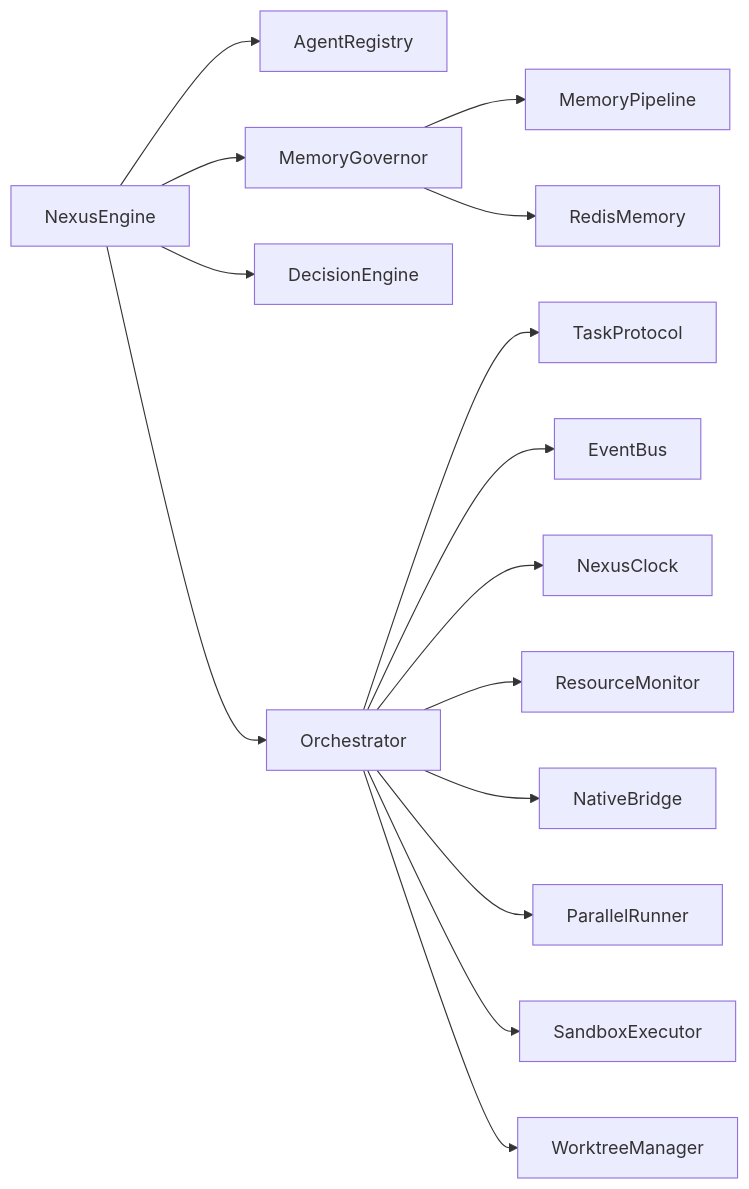
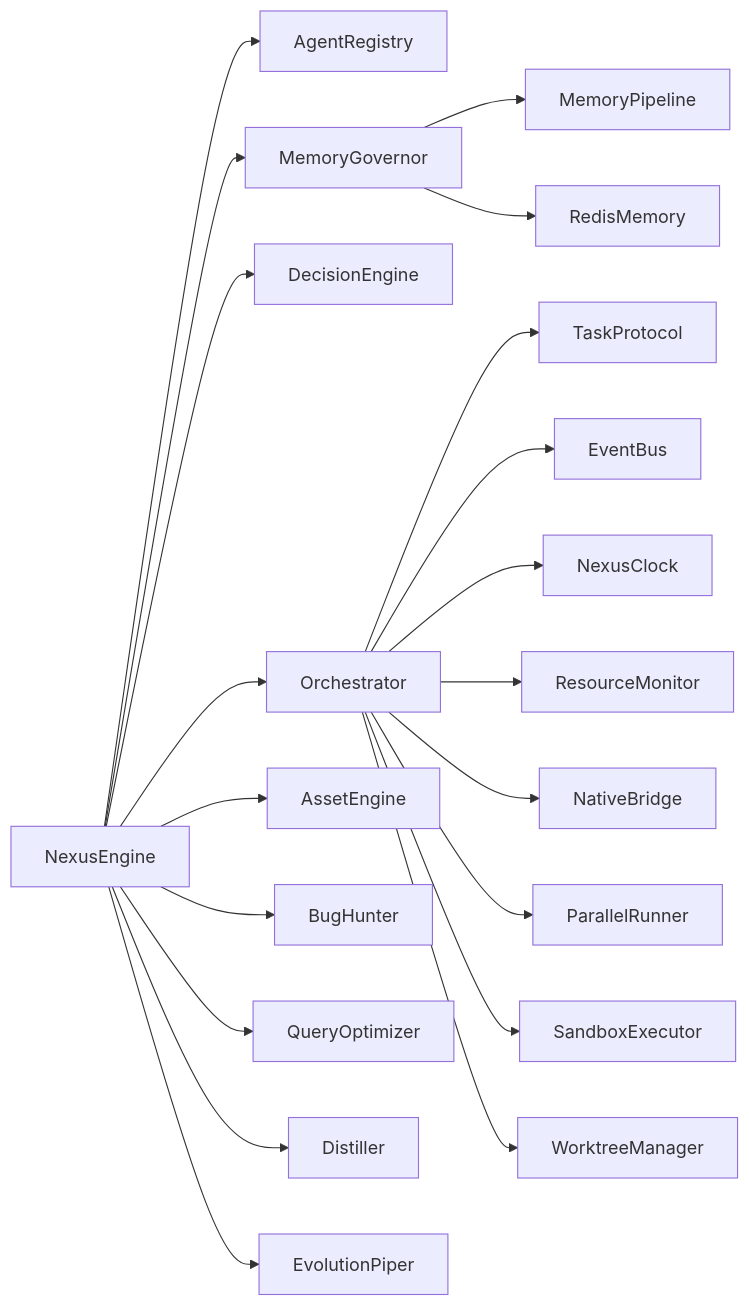
Diagram 16 of 16 in .qoder/repowiki/en/content/Core Architecture/Core Architecture.md (Faisal-Trainer/Human-AI-Nexus), drawn with Mermaid before and after one commit. The commit also changed other lines of this file and 21 other files, not shown here.

````diff
--- a/.qoder/repowiki/en/content/Core Architecture/Core Architecture.md
+++ b/.qoder/repowiki/en/content/Core Architecture/Core Architecture.md
@@ -447,17 +662,22 @@
 ```mermaid
 graph LR
 NE["NexusEngine"] --> AR["AgentRegistry"]
 NE --> MG["MemoryGovernor"]
 NE --> DE["DecisionEngine"]
 NE --> OR["Orchestrator"]
 MG --> MP["MemoryPipeline"]
 MG --> RM["RedisMemory"]
 OR --> TP["TaskProtocol"]
 OR --> EB["EventBus"]
 OR --> NC["NexusClock"]
 OR --> RMn["ResourceMonitor"]
 OR --> NB["NativeBridge"]
 OR --> PR["ParallelRunner"]
 OR --> SX["SandboxExecutor"]
 OR --> WT["WorktreeManager"]
+NE --> AE["AssetEngine"]
+NE --> BH["BugHunter"]
+NE --> QO["QueryOptimizer"]
+NE --> DI["Distiller"]
+NE --> EV["EvolutionPiper"]
 ```
````
